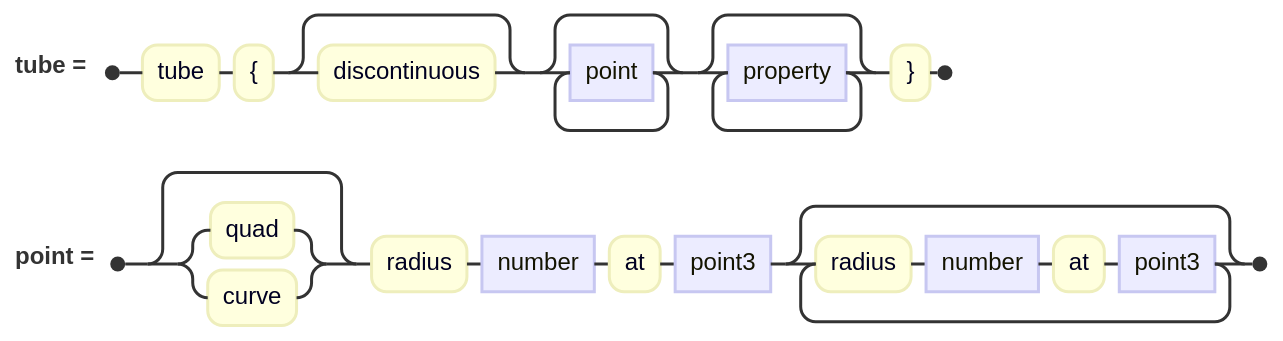
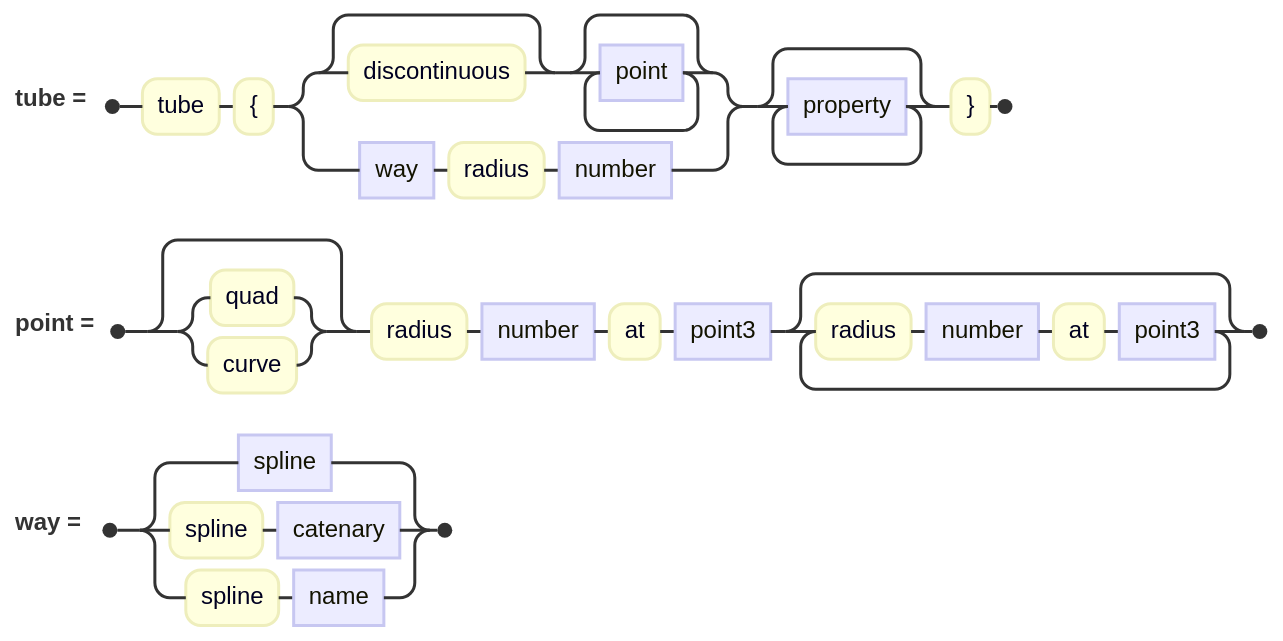
One commit to jskress/RayTracer changed the diagram in docs/diagrams/advanced/tubeClause.mmd. Above: the diagram before and after it, drawn with Mermaid. The commit also changed 59 other files, not shown here.

```diff
--- a/docs/diagrams/advanced/tubeClause.mmd
+++ b/docs/diagrams/advanced/tubeClause.mmd
@@ -1,6 +1,8 @@
 railroad-ebnf-beta
 title "A tube"
 
-tube = "tube" "{" [ "discontinuous" ] { point } { property } "}" ;
+tube = "tube" "{" ( [ "discontinuous" ] { point } | way "radius" number ) { property } "}" ;
 
 point = [ "quad" | "curve" ] "radius" number "at" point3 { "radius" number "at" point3 } ;
+
+way = spline | "spline" catenary | "spline" name ;
```
